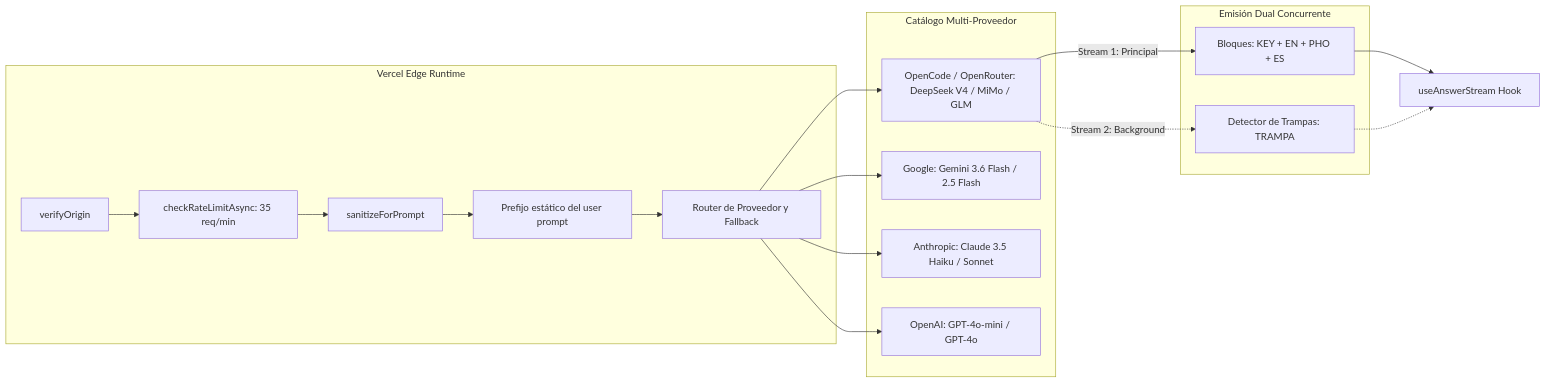
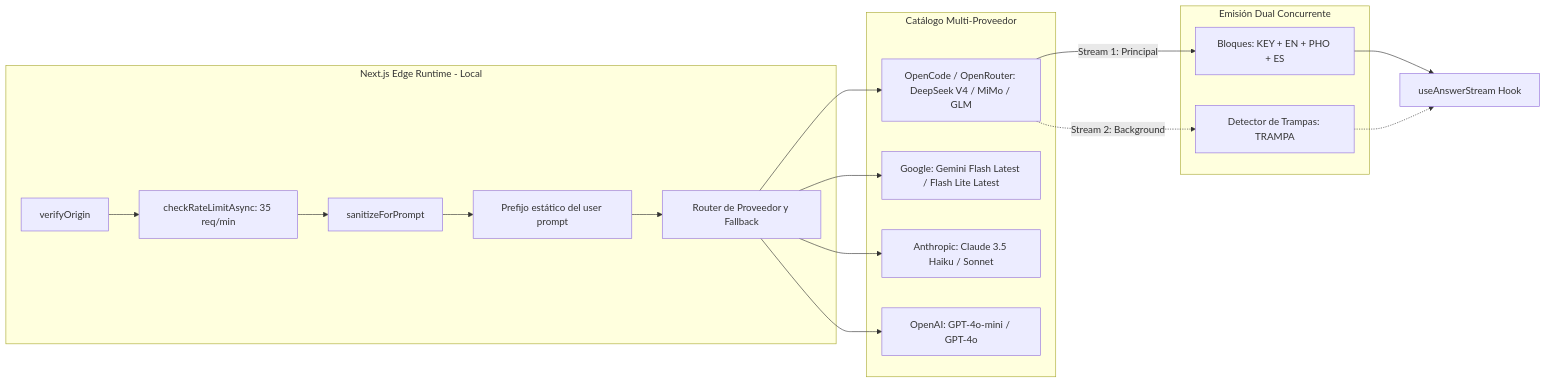
The third of 3 diagrams in docs/ARCHITECTURE.md (Fernandofarfan/Loro-Copilot), drawn with Mermaid before and after one commit. The commit also changed other lines of this file and 76 other files, not shown here.

````diff
--- a/docs/ARCHITECTURE.md
+++ b/docs/ARCHITECTURE.md
@@ -228,24 +228,24 @@
 ```mermaid
 graph LR
-    subgraph Edge_Runtime [Vercel Edge Runtime]
+    subgraph Edge_Runtime [Next.js Edge Runtime - Local]
         V[verifyOrigin] --> R[checkRateLimitAsync: 35 req/min]
         R --> S[sanitizeForPrompt]
         S --> C[Prefijo estático del user prompt]
         C --> M[Router de Proveedor y Fallback]
     end
 
     subgraph Red_Modelos [Catálogo Multi-Proveedor]
         M --> P1[OpenCode / OpenRouter: DeepSeek V4 / MiMo / GLM]
-        M --> P2[Google: Gemini 3.6 Flash / 2.5 Flash]
+        M --> P2[Google: Gemini Flash Latest / Flash Lite Latest]
         M --> P3[Anthropic: Claude 3.5 Haiku / Sonnet]
         M --> P4[OpenAI: GPT-4o-mini / GPT-4o]
     end
 
     subgraph Dual_Stream [Emisión Dual Concurrente]
         P1 -->|Stream 1: Principal| S1[Bloques: KEY + EN + PHO + ES]
         P1 -.->|Stream 2: Background| S2[Detector de Trampas: TRAMPA]
     end
 
     S1 --> Client[useAnswerStream Hook]
     S2 -.-> Client
 ```
````
